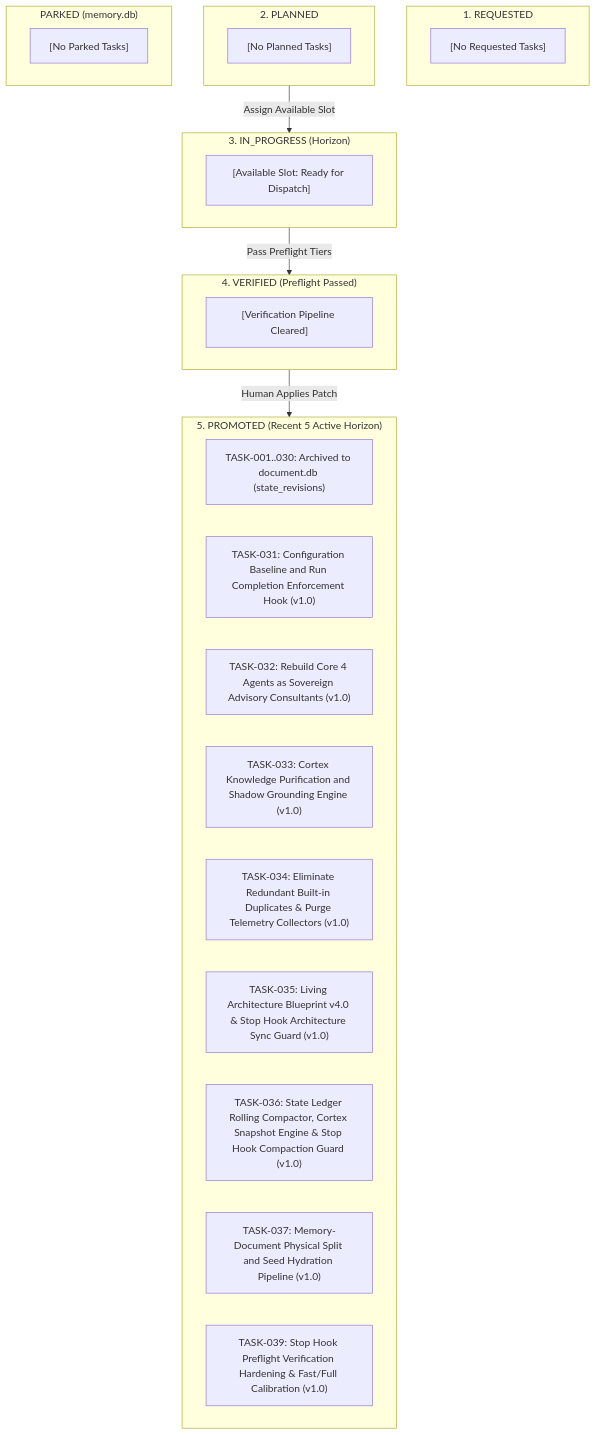
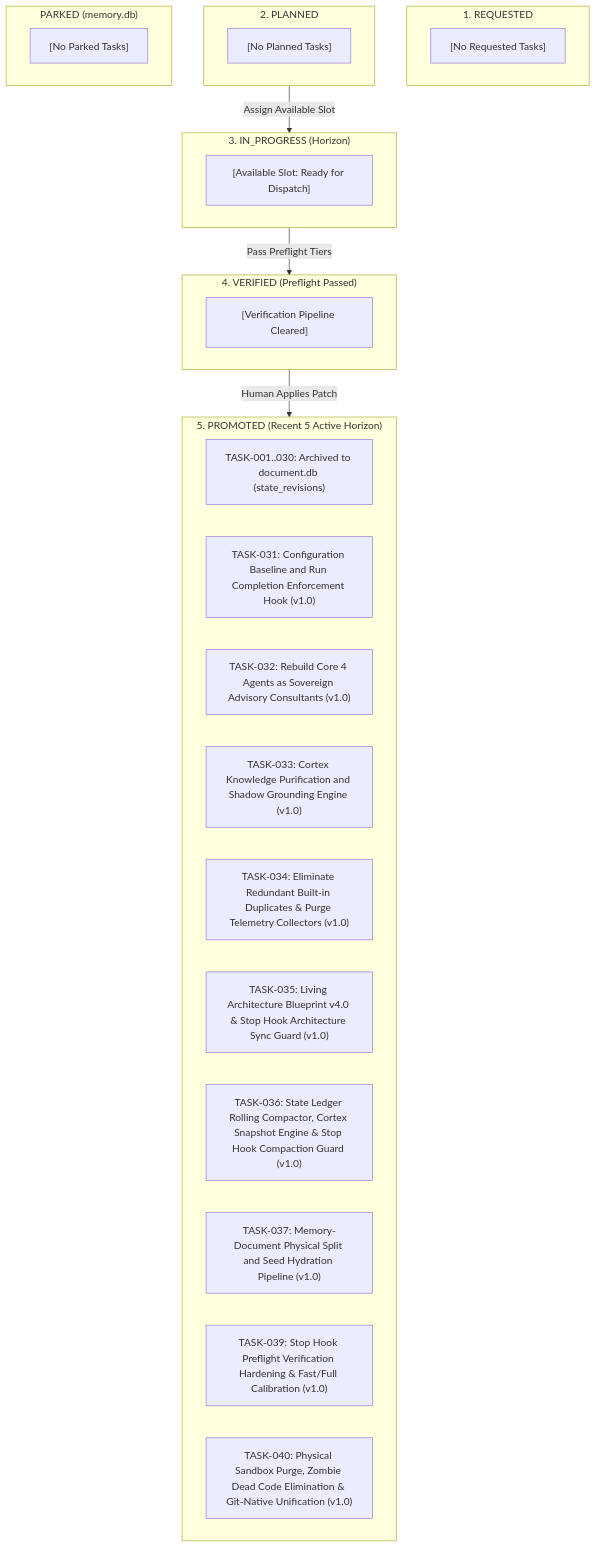
The third of 4 diagrams in docs/active/CURRENT_STATE.md (jinseobhong/antigravity-autopoiesis), drawn with Mermaid before and after one commit. The commit also changed other lines of this file and 39 other files, not shown here.

Commit message:
refactor(core): purge zombie runners, abolish physical sandbox, and unify under git working tree (TASK-040)

````diff
--- a/docs/active/CURRENT_STATE.md
+++ b/docs/active/CURRENT_STATE.md
@@ -129,38 +129,39 @@
 ```mermaid
 flowchart TD
     subgraph ColRequested ["1. REQUESTED"]
         REQ_100["[No Requested Tasks]"]
     end
 
     subgraph ColPlanned ["2. PLANNED"]
         PLN_100["[No Planned Tasks]"]
     end
 
     subgraph ColParked ["PARKED (memory.db)"]
         PRK_100["[No Parked Tasks]"]
     end
 
     subgraph ColActive ["3. IN_PROGRESS (Horizon)"]
         ACT_100["[Available Slot: Ready for Dispatch]"]
     end
 
     subgraph ColVerified ["4. VERIFIED (Preflight Passed)"]
         VER_100["[Verification Pipeline Cleared]"]
     end
 
     subgraph ColPromoted ["5. PROMOTED (Recent 5 Active Horizon)"]
         PRM_ARCH["TASK-001..030: Archived to document.db (state_revisions)"]
         PRM_131["TASK-031: Configuration Baseline and Run Completion Enforcement Hook (v1.0)"]
         PRM_132["TASK-032: Rebuild Core 4 Agents as Sovereign Advisory Consultants (v1.0)"]
         PRM_133["TASK-033: Cortex Knowledge Purification and Shadow Grounding Engine (v1.0)"]
         PRM_134["TASK-034: Eliminate Redundant Built-in Duplicates & Purge Telemetry Collectors (v1.0)"]
         PRM_135["TASK-035: Living Architecture Blueprint v4.0 & Stop Hook Architecture Sync Guard (v1.0)"]
         PRM_136["TASK-036: State Ledger Rolling Compactor, Cortex Snapshot Engine & Stop Hook Compaction Guard (v1.0)"]
         PRM_137["TASK-037: Memory-Document Physical Split and Seed Hydration Pipeline (v1.0)"]
         PRM_139["TASK-039: Stop Hook Preflight Verification Hardening & Fast/Full Calibration (v1.0)"]
+        PRM_140["TASK-040: Physical Sandbox Purge, Zombie Dead Code Elimination & Git-Native Unification (v1.0)"]
     end
 
     ColPlanned -->|"Assign Available Slot"| ColActive
     ColActive -->|"Pass Preflight Tiers"| ColVerified
     ColVerified -->|"Human Applies Patch"| ColPromoted
 ```
````
